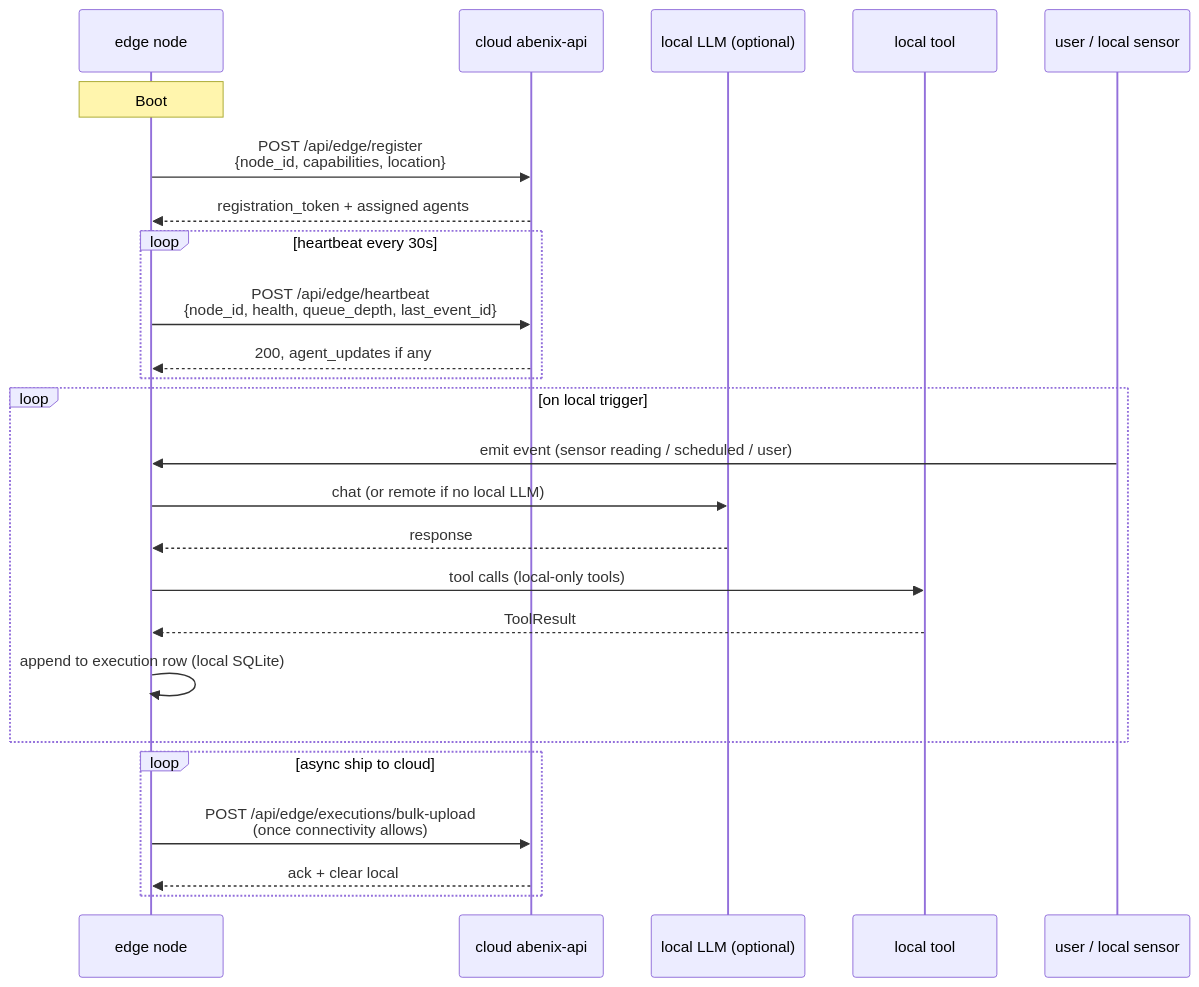
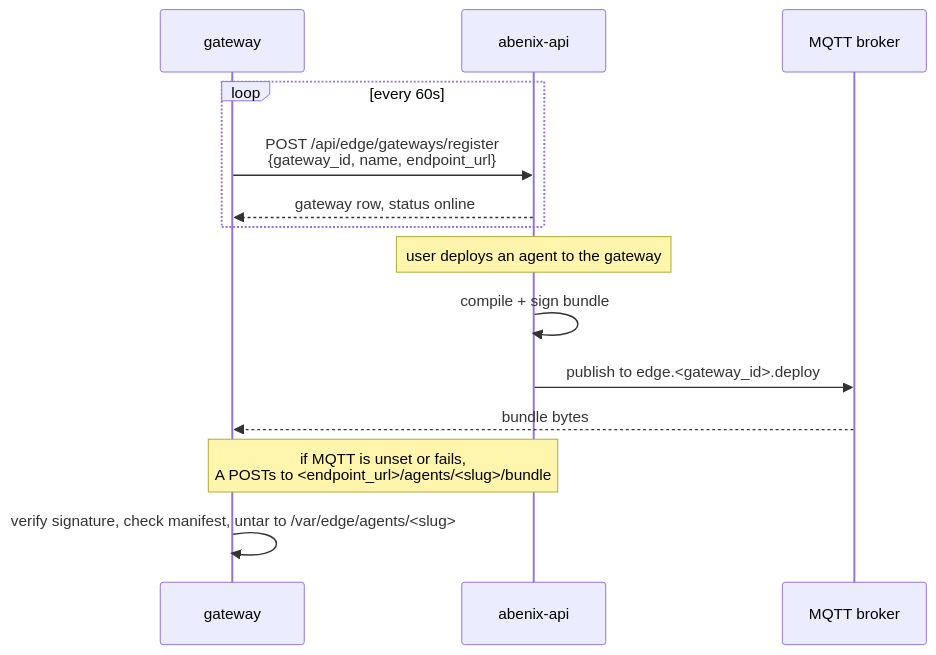
Before and after one commit to sarkar4777/abenix: the diagram in docs/06-deployment/05-edge-runtime.md, drawn with Mermaid. The commit also changed other lines of this file and 288 other files, not shown here.

````diff
--- a/docs/06-deployment/05-edge-runtime.md
+++ b/docs/06-deployment/05-edge-runtime.md
@@ -71,31 +49,17 @@
 ```mermaid
 sequenceDiagram
-  participant E as edge node
-  participant C as cloud abenix-api
-  participant L as local LLM (optional)
-  participant T as local tool
-  participant U as user / local sensor
+  participant G as gateway
+  participant A as abenix-api
+  participant M as MQTT broker
 
-  Note over E: Boot
-  E->>C: POST /api/edge/register<br/>{node_id, capabilities, location}
-  C-->>E: registration_token + assigned agents
-
-  loop heartbeat every 30s
-    E->>C: POST /api/edge/heartbeat<br/>{node_id, health, queue_depth, last_event_id}
-    C-->>E: 200, agent_updates if any
+  loop every 60s
+    G->>A: POST /api/edge/gateways/register<br/>{gateway_id, name, endpoint_url}
+    A-->>G: gateway row, status online
   end
-
-  loop on local trigger
-    U->>E: emit event (sensor reading / scheduled / user)
-    E->>L: chat (or remote if no local LLM)
-    L-->>E: response
-    E->>T: tool calls (local-only tools)
-    T-->>E: ToolResult
-    E->>E: append to execution row (local SQLite)
-  end
-
-  loop async ship to cloud
-    E->>C: POST /api/edge/executions/bulk-upload<br/>(once connectivity allows)
-    C-->>E: ack + clear local
-  end
+  Note over A: user deploys an agent to the gateway
+  A->>A: compile + sign bundle
+  A->>M: publish to edge.<gateway_id>.deploy
+  M-->>G: bundle bytes
+  Note over A,G: if MQTT is unset or fails,<br/>A POSTs to <endpoint_url>/agents/<slug>/bundle
+  G->>G: verify signature, check manifest, untar to /var/edge/agents/<slug>
 ```
````
